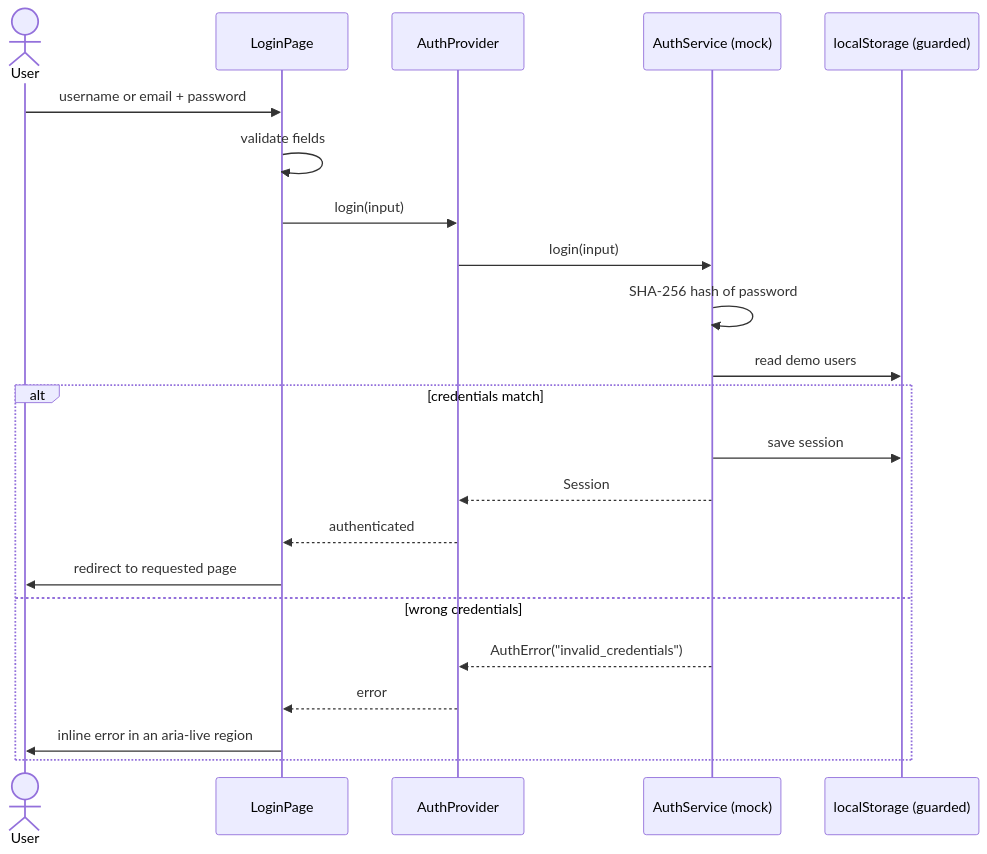
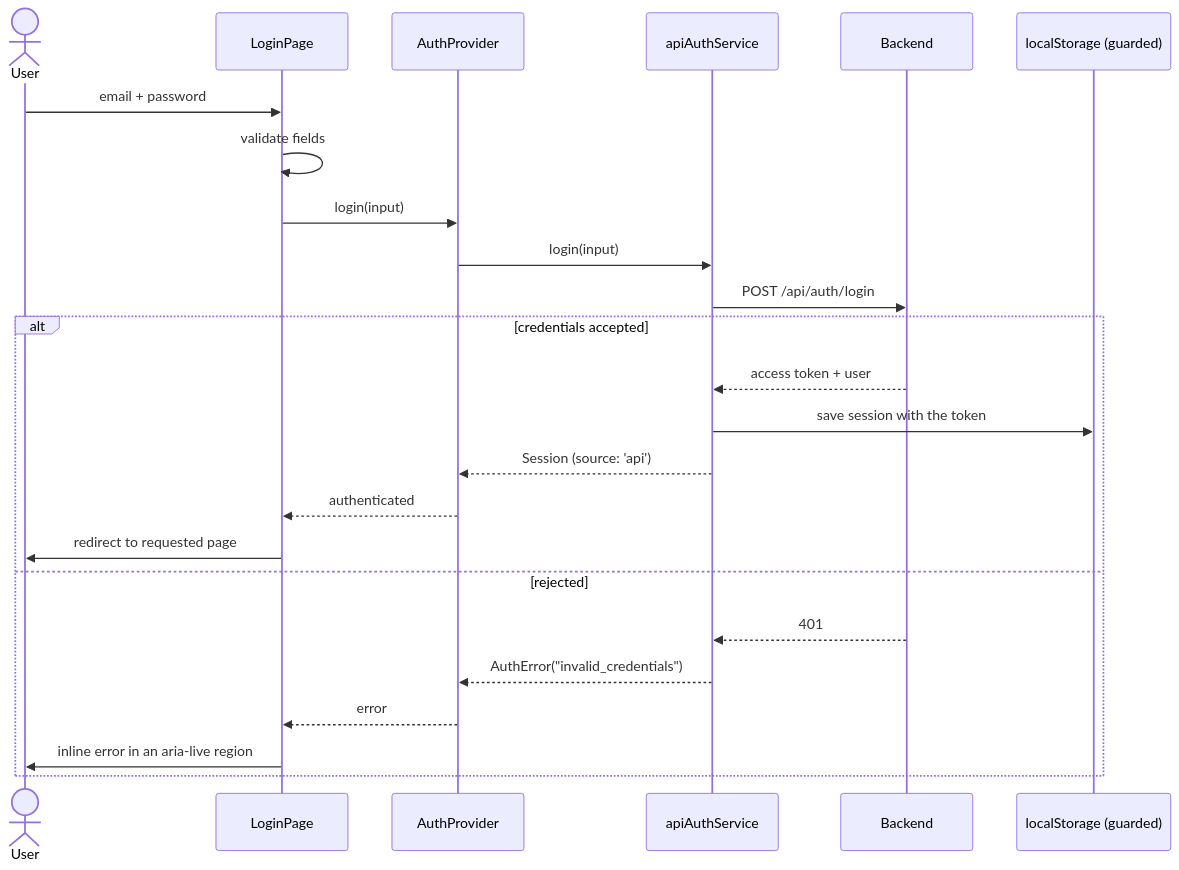
Before and after one commit to GUERRREROALEXANDER/fronted-SmartCattle: the fourth of 8 diagrams in README.md, drawn with Mermaid. The commit also changed other lines of this file, not shown here.

````diff
--- a/README.md
+++ b/README.md
@@ -287,25 +294,27 @@
 ```mermaid
 sequenceDiagram
     actor U as User
     participant P as LoginPage
     participant C as AuthProvider
-    participant S as AuthService (mock)
+    participant S as apiAuthService
+    participant B as Backend
     participant L as localStorage (guarded)
 
-    U->>P: username or email + password
+    U->>P: email + password
     P->>P: validate fields
     P->>C: login(input)
     C->>S: login(input)
-    S->>S: SHA-256 hash of password
-    S->>L: read demo users
-    alt credentials match
-        S->>L: save session
-        S-->>C: Session
+    S->>B: POST /api/auth/login
+    alt credentials accepted
+        B-->>S: access token + user
+        S->>L: save session with the token
+        S-->>C: Session (source: 'api')
         C-->>P: authenticated
         P->>U: redirect to requested page
-    else wrong credentials
+    else rejected
+        B-->>S: 401
         S-->>C: AuthError("invalid_credentials")
         C-->>P: error
         P->>U: inline error in an aria-live region
     end
 ```
````
